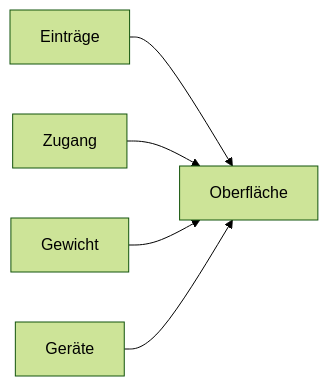
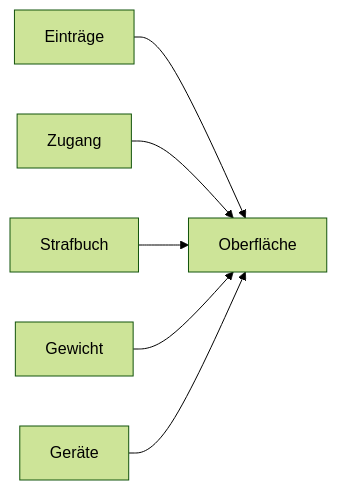
Before and after one commit to trublue-2/chastitytracker: diagram 17 of 18 in docs/funktionsmodell/05-abhaengigkeiten.md, drawn with Mermaid (forest theme). The commit also changed other lines of this file and 34 other files, not shown here.

````diff
--- a/docs/funktionsmodell/05-abhaengigkeiten.md
+++ b/docs/funktionsmodell/05-abhaengigkeiten.md
@@ -708,8 +710,9 @@
 ```mermaid
 flowchart LR
   nOberflche["Oberfläche"]
   nEintrge["Einträge"] --> nOberflche
   nZugang["Zugang"] --> nOberflche
+  nStrafbuch["Strafbuch"] --> nOberflche
   nGewicht["Gewicht"] --> nOberflche
   nGerte["Geräte"] --> nOberflche
 ```
````
